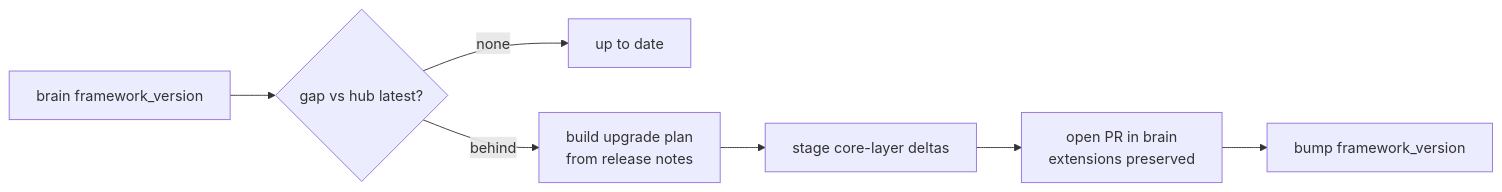
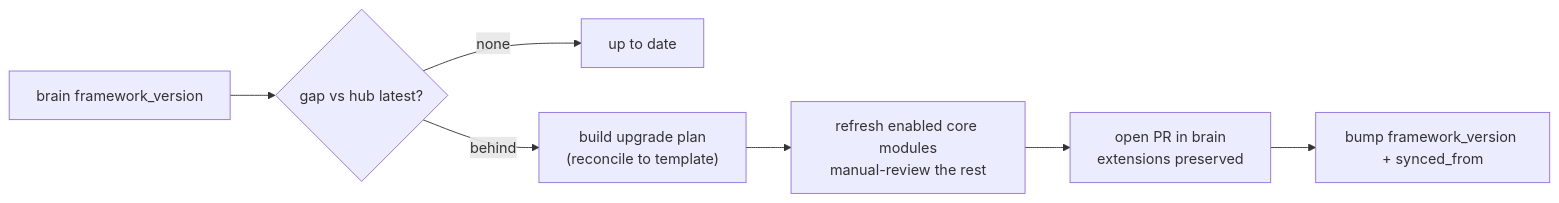
The fifth of 8 diagrams in docs/brain-factory-design-overview.md (izakl/brainforge), drawn with Mermaid before and after one commit. The commit also changed other lines of this file and 33 other files, not shown here.

````diff
--- a/docs/brain-factory-design-overview.md
+++ b/docs/brain-factory-design-overview.md
@@ -168,9 +170,9 @@
 ```mermaid
 flowchart LR
     S["brain framework_version"] --> G{"gap vs hub latest?"}
     G -->|none| U["up to date"]
-    G -->|behind| P["build upgrade plan<br>from release notes"]
-    P --> ST["stage core-layer deltas"]
+    G -->|behind| P["build upgrade plan<br>(reconcile to template)"]
+    P --> ST["refresh enabled core modules<br>manual-review the rest"]
     ST --> PR["open PR in brain<br>extensions preserved"]
-    PR --> B["bump framework_version"]
+    PR --> B["bump framework_version + synced_from"]
 ```
````
